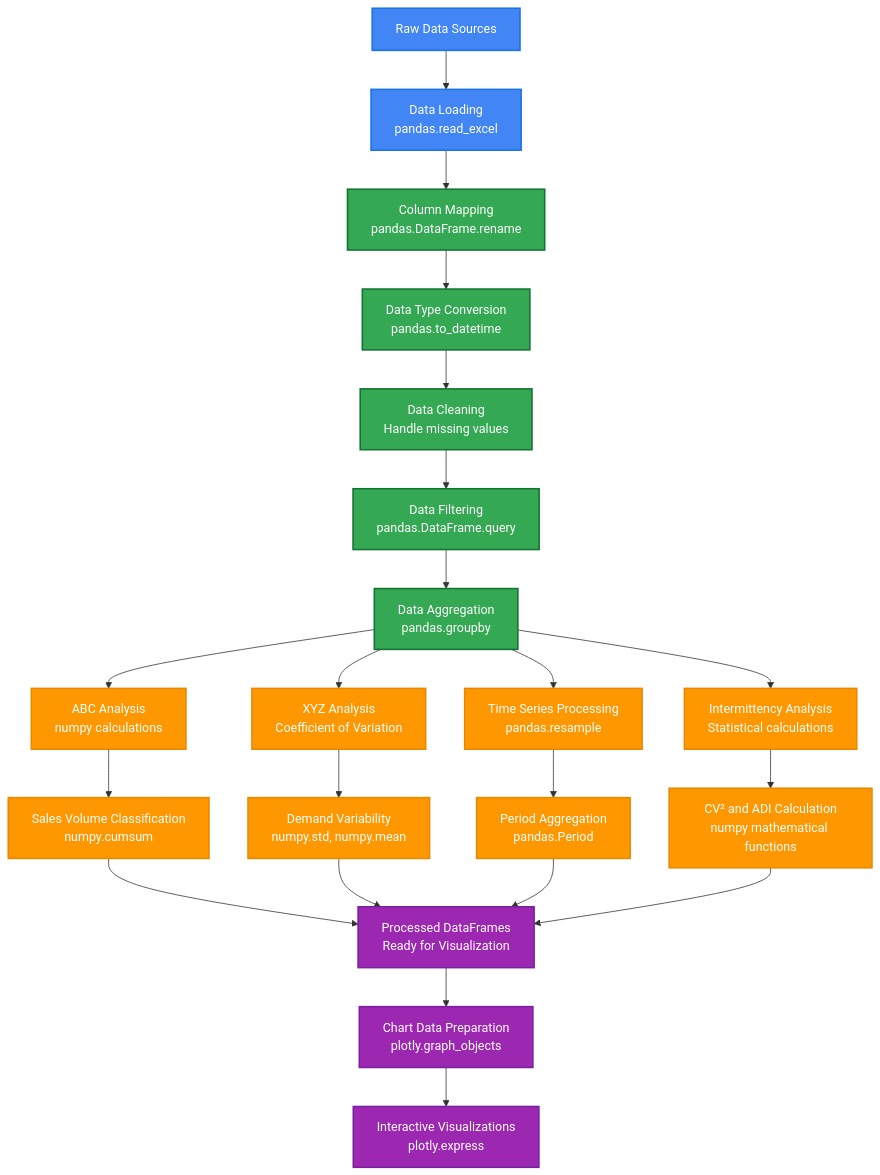
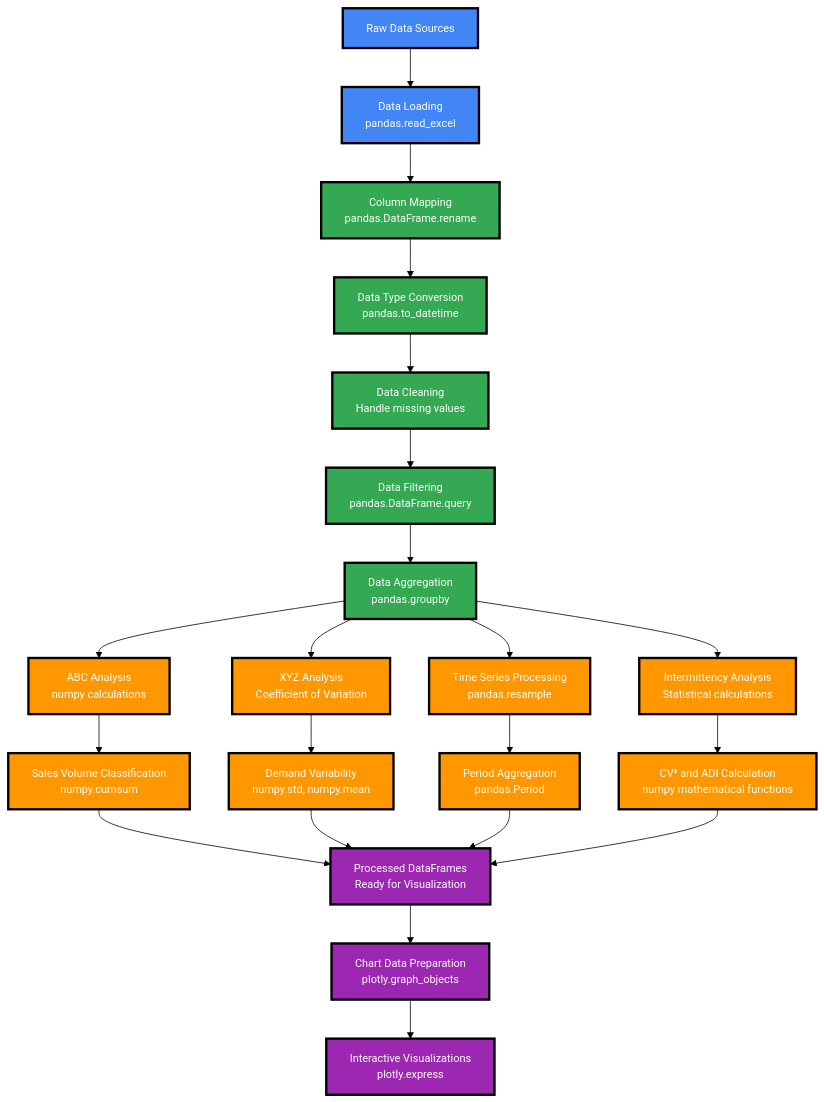
The diagram in Data_Processing_Flow_Diagram.md (Ribas55/Dashboard), drawn with Mermaid before and after one commit.

Commit message:
Fix diagram background and arrows: use default theme with white background and black arrows

````diff
--- a/Data_Processing_Flow_Diagram.md
+++ b/Data_Processing_Flow_Diagram.md
@@ -4,48 +4,48 @@
 ```mermaid
-%%{init: {'theme':'base', 'themeVariables': {'primaryColor': '#ffffff', 'primaryTextColor': '#000000', 'primaryBorderColor': '#000000', 'lineColor': '#333333', 'secondaryColor': '#ffffff', 'tertiaryColor': '#ffffff', 'background': '#ffffff', 'mainBkg': '#ffffff', 'secondBkg': '#ffffff', 'tertiaryTextColor': '#000000'}}}%%
+%%{init: {'theme':'default', 'themeVariables': {'fontFamily': 'Arial', 'fontSize': '14px', 'lineColor': '#000000', 'primaryColor': '#ffffff', 'primaryTextColor': '#000000', 'primaryBorderColor': '#333333', 'background': '#ffffff', 'mainBkg': '#ffffff', 'cScale0': '#4285f4', 'cScale1': '#34a853', 'cScale2': '#ff9800', 'cScale3': '#9c27b0'}}}%%
 flowchart TD
     %% Data Extraction
     A[Raw Data Sources] --> B[Data Loading<br/>pandas.read_excel]
     
     %% Data Processing
     B --> C[Column Mapping<br/>pandas.DataFrame.rename]
     C --> D[Data Type Conversion<br/>pandas.to_datetime]
     D --> E[Data Cleaning<br/>Handle missing values]
     
     %% Data Transformation
     E --> F[Data Filtering<br/>pandas.DataFrame.query]
     F --> G[Data Aggregation<br/>pandas.groupby]
     
     %% Analysis Processing
     G --> H1[ABC Analysis<br/>numpy calculations]
     G --> H2[XYZ Analysis<br/>Coefficient of Variation]
     G --> H3[Time Series Processing<br/>pandas.resample]
     G --> H4[Intermittency Analysis<br/>Statistical calculations]
     
     %% Statistical Calculations
     H1 --> I1[Sales Volume Classification<br/>numpy.cumsum]
     H2 --> I2[Demand Variability<br/>numpy.std, numpy.mean]
     H3 --> I3[Period Aggregation<br/>pandas.Period]
     H4 --> I4[CV² and ADI Calculation<br/>numpy mathematical functions]
     
     %% Results
     I1 --> J[Processed DataFrames<br/>Ready for Visualization]
     I2 --> J
     I3 --> J
     I4 --> J
     
     %% Visualization Preparation
     J --> K[Chart Data Preparation<br/>plotly.graph_objects]
     K --> L[Interactive Visualizations<br/>plotly.express]
     
-    %% Styling with vibrant clean colors
-    classDef extraction fill:#4285f4,stroke:#1a73e8,stroke-width:2px,color:#ffffff
-    classDef processing fill:#34a853,stroke:#137333,stroke-width:2px,color:#ffffff
-    classDef analysis fill:#ff9800,stroke:#e68900,stroke-width:2px,color:#ffffff
-    classDef output fill:#9c27b0,stroke:#7b1fa2,stroke-width:2px,color:#ffffff
+    %% Styling with vibrant clean colors and black borders
+    classDef extraction fill:#4285f4,stroke:#000000,stroke-width:3px,color:#ffffff
+    classDef processing fill:#34a853,stroke:#000000,stroke-width:3px,color:#ffffff
+    classDef analysis fill:#ff9800,stroke:#000000,stroke-width:3px,color:#ffffff
+    classDef output fill:#9c27b0,stroke:#000000,stroke-width:3px,color:#ffffff
     
     class A,B extraction
     class C,D,E,F,G processing
     class H1,H2,H3,H4,I1,I2,I3,I4 analysis
     class J,K,L output
 ```
````
